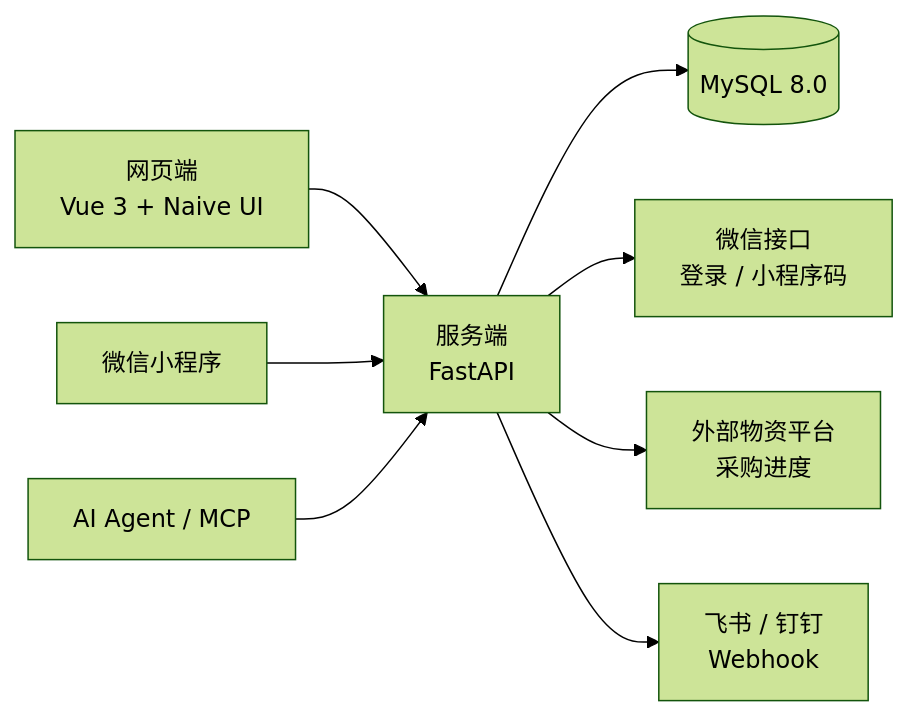
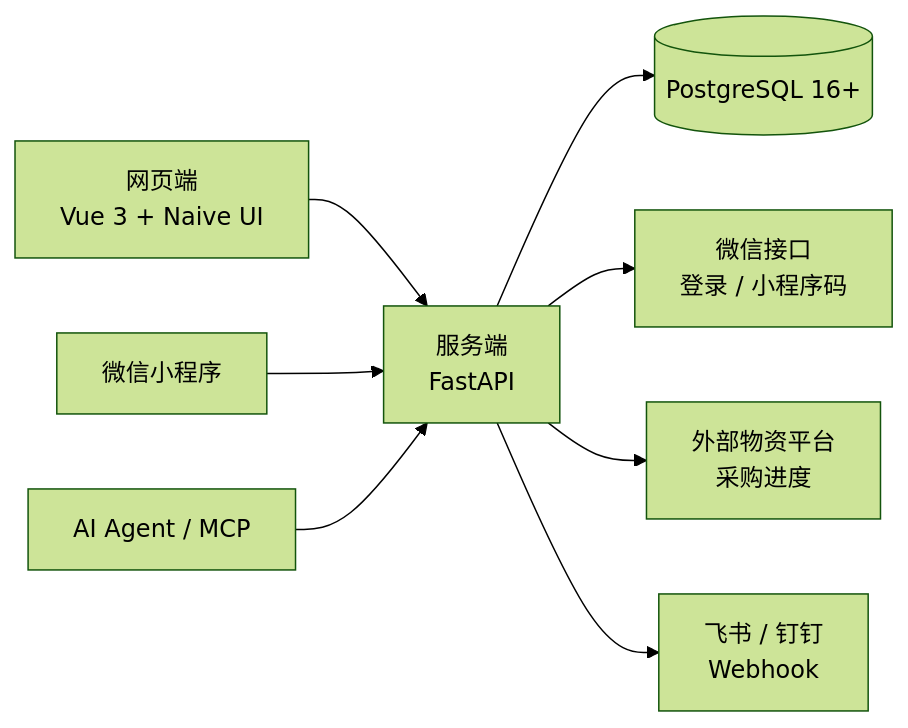
The first of 7 diagrams in docs/websites/pages/dev-architecture.md (Sakana-1314/Electrical-Manager), drawn with Mermaid (forest theme) before and after one commit. The commit also changed other lines of this file and 30 other files, not shown here.

Commit message:
refactor: 数据库从 MySQL 切换为 PostgreSQL (#384)

````diff
--- a/docs/websites/pages/dev-architecture.md
+++ b/docs/websites/pages/dev-architecture.md
@@ -5,10 +5,10 @@
 ```mermaid
 flowchart LR
     Web["网页端<br/>Vue 3 + Naive UI"] --> API["服务端<br/>FastAPI"]
     MP["微信小程序"] --> API
     Agent["AI Agent / MCP"] --> API
-    API --> DB[("MySQL 8.0")]
+    API --> DB[("PostgreSQL 16+")]
     API --> WeChat["微信接口<br/>登录 / 小程序码"]
     API --> Ext["外部物资平台<br/>采购进度"]
     API --> Hook["飞书 / 钉钉<br/>Webhook"]
 ```
````
